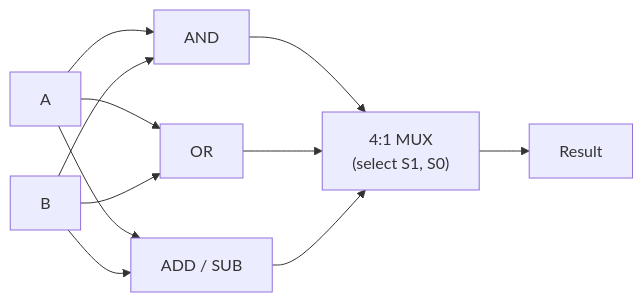
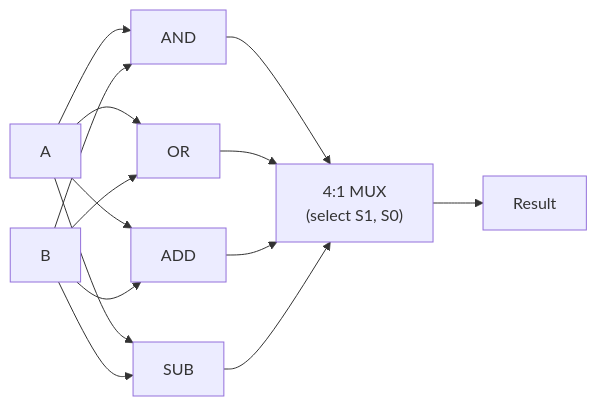
The eighth of 9 diagrams in chapters/Chapter_03_Combinational_Circuits.md (akram02/build-your-own-processor), drawn with Mermaid before and after one commit. The commit also changed other lines of this file and 3 other files, not shown here.

````diff
--- a/chapters/Chapter_03_Combinational_Circuits.md
+++ b/chapters/Chapter_03_Combinational_Circuits.md
@@ -880,13 +880,16 @@
 ```mermaid
 flowchart LR
     A["A"] --> AND["AND"]
     B["B"] --> AND
     A --> OR["OR"]
     B --> OR
-    A --> ADD["ADD / SUB"]
+    A --> ADD["ADD"]
     B --> ADD
+    A --> SUB["SUB"]
+    B --> SUB
     AND --> MUX["4:1 MUX<br/>(select S1, S0)"]
     OR --> MUX
     ADD --> MUX
+    SUB --> MUX
     MUX --> R["Result"]
 ```
````
